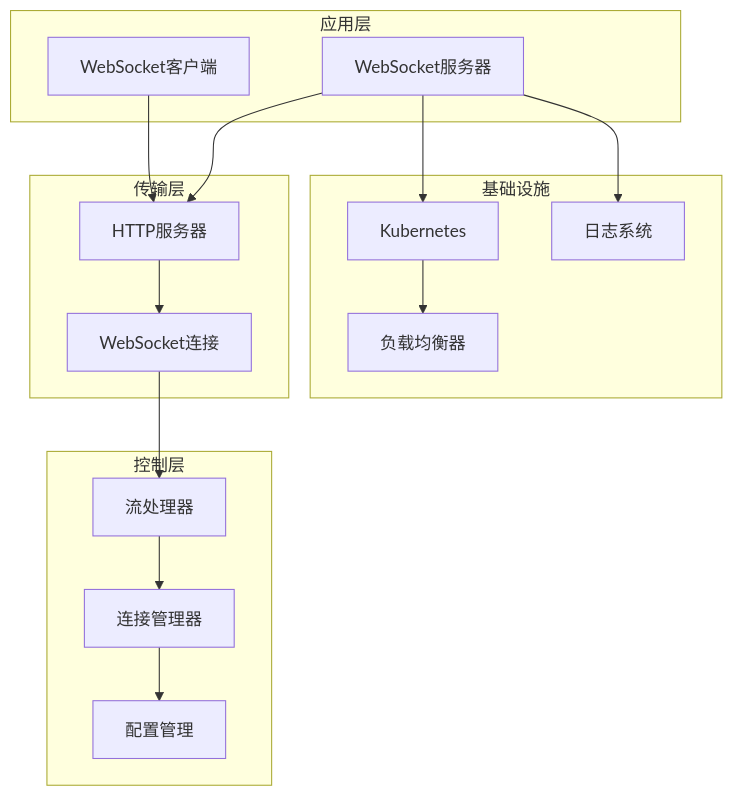
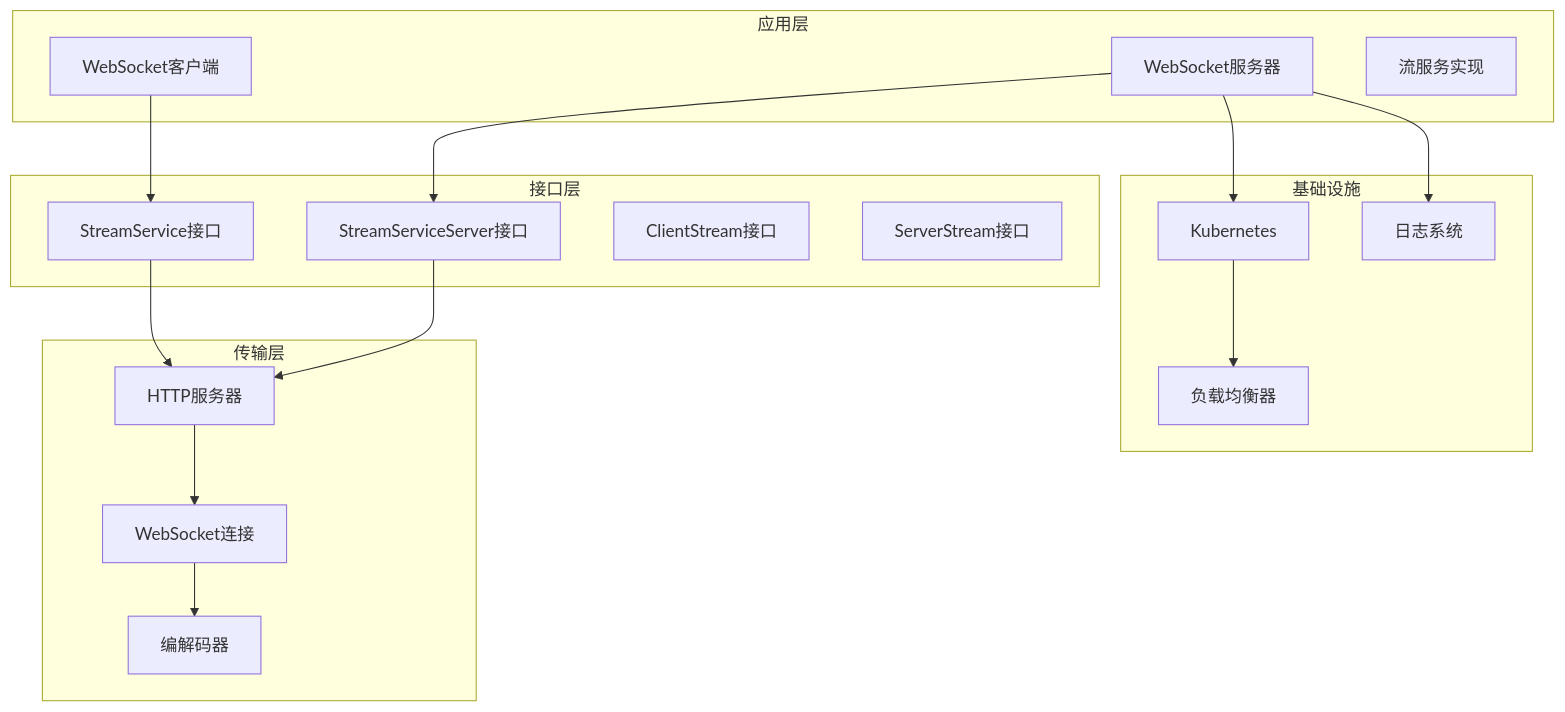
One commit to soyacen/goose changed the fifth of 15 diagrams in .agents/repowiki/zh/content/示例和最佳实践/WebSocket流式系统.md. Above: the diagram before and after it, drawn with Mermaid. The commit also changed other lines of this file and 23 other files, not shown here.

First line of the commit message:
Implement WebSocket streaming service with Codec support

````diff
--- a/.agents/repowiki/zh/content/示例和最佳实践/WebSocket流式系统.md
+++ b/.agents/repowiki/zh/content/示例和最佳实践/WebSocket流式系统.md
@@ -182,30 +243,33 @@
 ```mermaid
 graph TB
 subgraph "应用层"
 Client[WebSocket客户端]
 Server[WebSocket服务器]
+Service[流服务实现]
+end
+subgraph "接口层"
+StreamService[StreamService接口]
+StreamServiceServer[StreamServiceServer接口]
+ClientStream[ClientStream接口]
+ServerStream[ServerStream接口]
 end
 subgraph "传输层"
 HTTP[HTTP服务器]
 WS[WebSocket连接]
-end
-subgraph "控制层"
-Handler[流处理器]
-Manager[连接管理器]
-Config[配置管理]
+Codec[编解码器]
 end
 subgraph "基础设施"
 K8s[Kubernetes]
 LB[负载均衡器]
 Log[日志系统]
 end
-Client --> HTTP
-Server --> HTTP
+Client --> StreamService
+Server --> StreamServiceServer
+StreamService --> HTTP
+StreamServiceServer --> HTTP
 HTTP --> WS
-WS --> Handler
-Handler --> Manager
-Manager --> Config
+WS --> Codec
 Server --> K8s
 K8s --> LB
 Server --> Log
 ```
````
